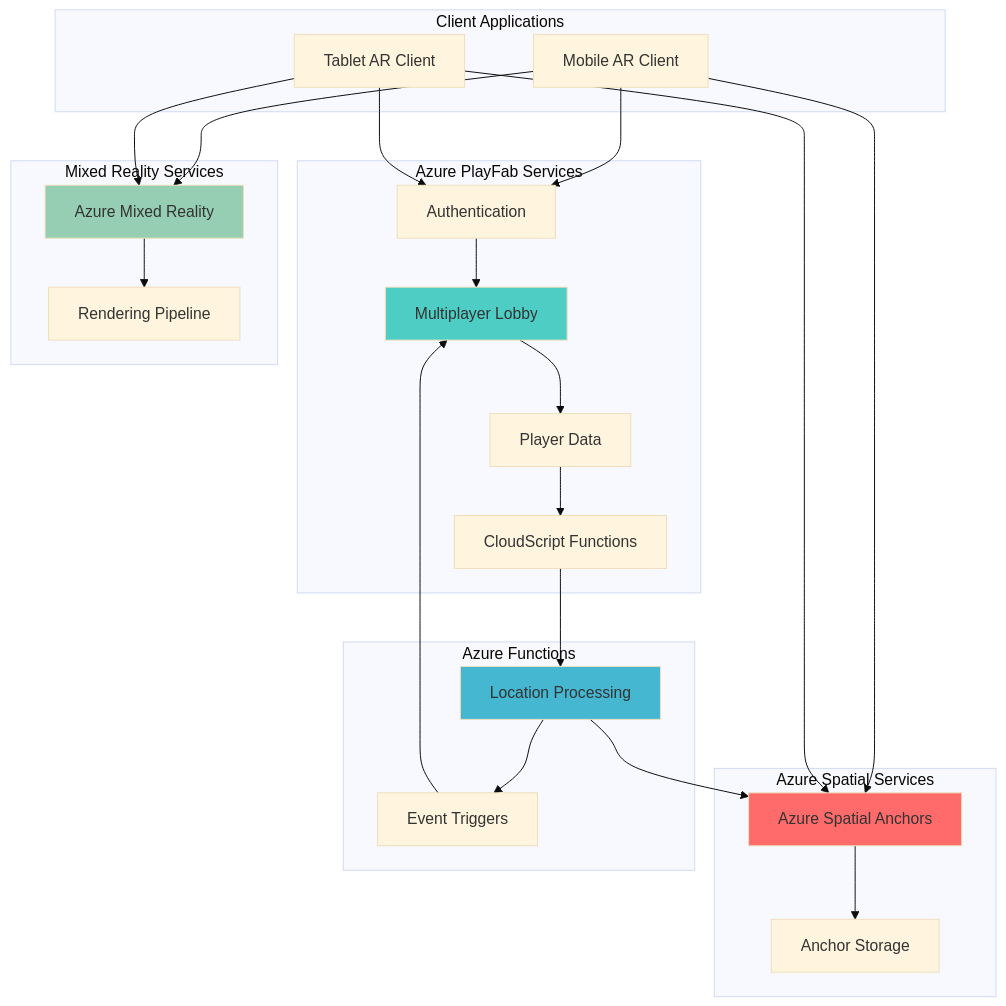
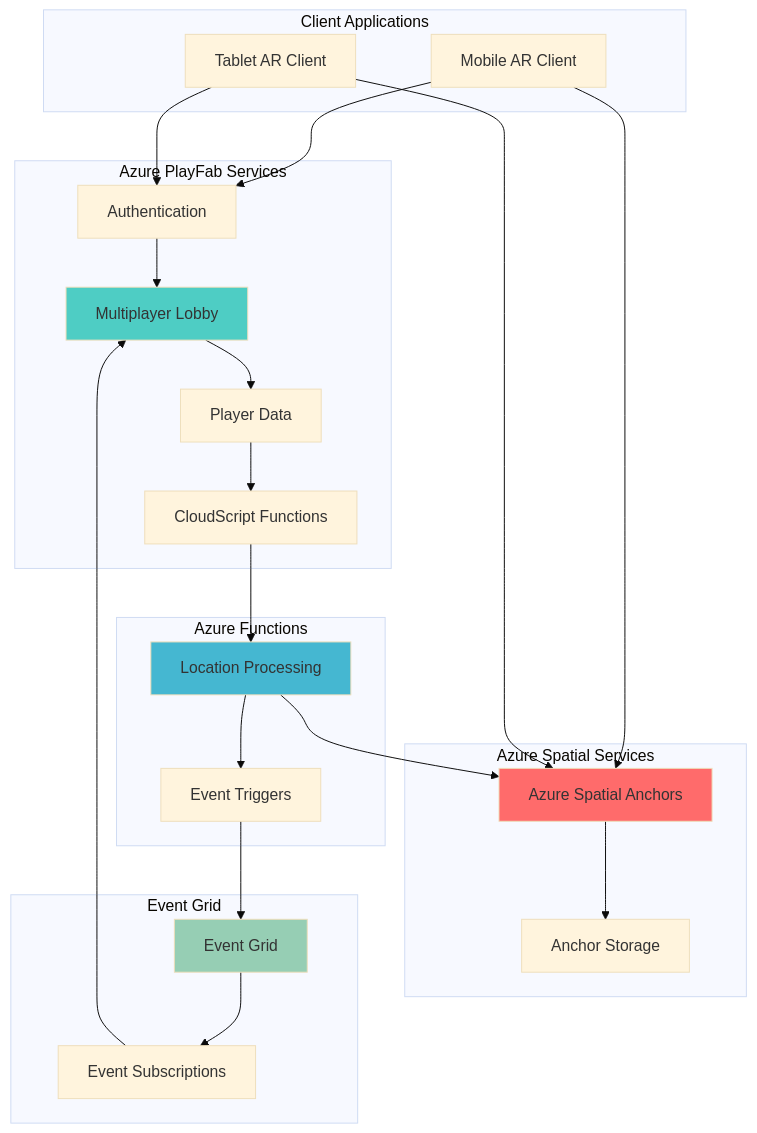
One commit to mzazon/awesome-cloud-projects changed the diagram in azure/location-based-ar-gaming-multiplayer/location-based-ar-gaming-multiplayer.md. Above: the diagram before and after it, drawn with Mermaid (base theme). The commit also changed other lines of this file and 5581 other files, not shown here.

````diff
--- a/azure/location-based-ar-gaming-multiplayer/location-based-ar-gaming-multiplayer.md
+++ b/azure/location-based-ar-gaming-multiplayer/location-based-ar-gaming-multiplayer.md
@@ -30,53 +30,51 @@
 ```mermaid
 graph TB
     subgraph "Client Applications"
         MOBILE[Mobile AR Client]
         TABLET[Tablet AR Client]
     end
     
     subgraph "Azure PlayFab Services"
         AUTH[Authentication]
         LOBBY[Multiplayer Lobby]
         DATA[Player Data]
         CLOUD[CloudScript Functions]
     end
     
     subgraph "Azure Spatial Services"
         ASA[Azure Spatial Anchors]
         STORAGE[Anchor Storage]
     end
     
     subgraph "Azure Functions"
         FUNC[Location Processing]
         EVENTS[Event Triggers]
     end
     
-    subgraph "Mixed Reality Services"
-        MR[Azure Mixed Reality]
-        RENDER[Rendering Pipeline]
+    subgraph "Event Grid"
+        EG[Event Grid]
+        SUB[Event Subscriptions]
     end
     
     MOBILE --> AUTH
     TABLET --> AUTH
     AUTH --> LOBBY
     LOBBY --> DATA
     DATA --> CLOUD
     CLOUD --> FUNC
     FUNC --> EVENTS
     
     MOBILE --> ASA
     TABLET --> ASA
     ASA --> STORAGE
     
-    MOBILE --> MR
-    TABLET --> MR
-    MR --> RENDER
-    
     FUNC --> ASA
-    EVENTS --> LOBBY
+    EVENTS --> EG
+    EG --> SUB
+    SUB --> LOBBY
     
     style ASA fill:#FF6B6B
     style LOBBY fill:#4ECDC4
     style FUNC fill:#45B7D1
-    style MR fill:#96CEB4
+    style EG fill:#96CEB4
 ```
````
